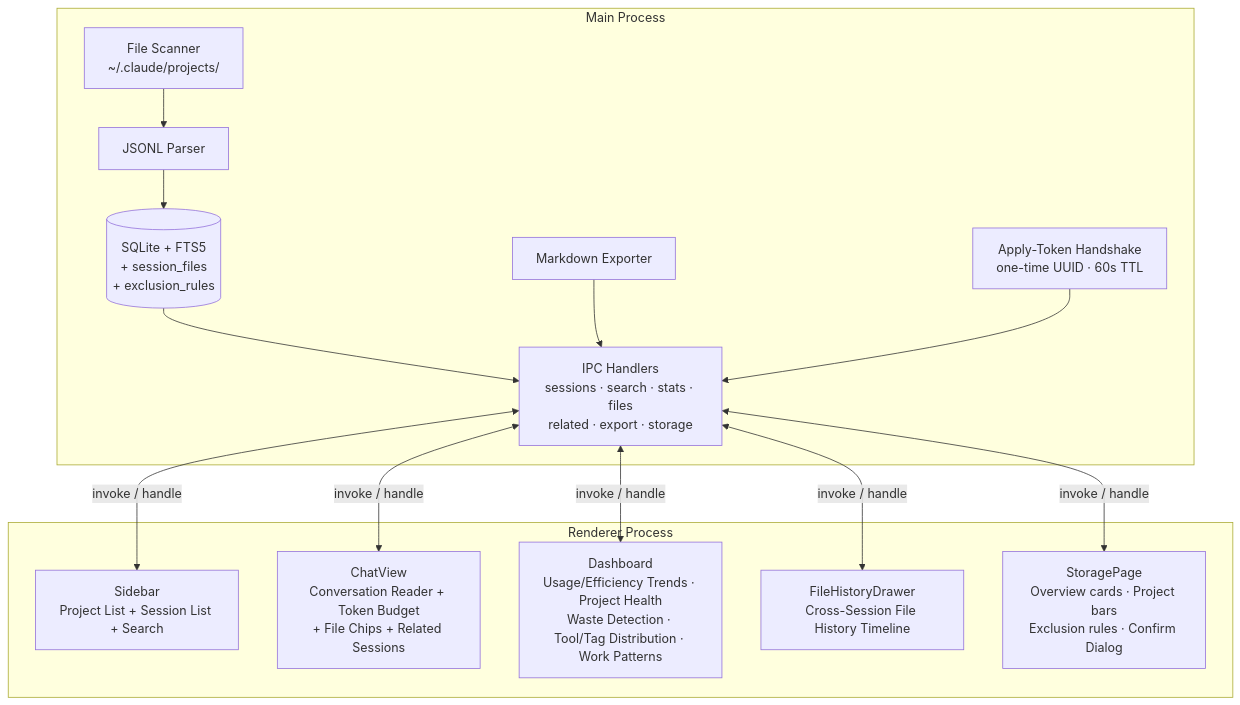
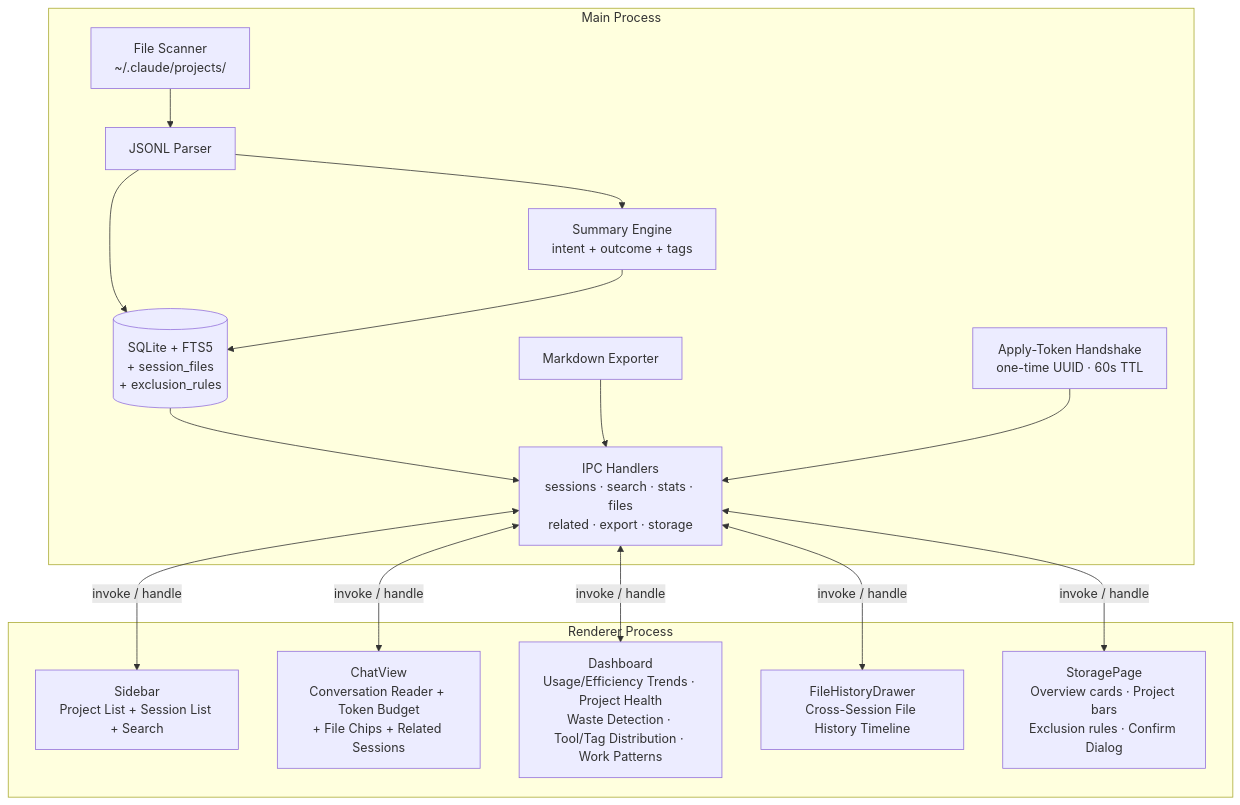
Before and after one commit to tznthou/ccRewind: the diagram in README_EN.md, drawn with Mermaid. The commit also changed other lines of this file and 3 other files, not shown here.

````diff
--- a/README_EN.md
+++ b/README_EN.md
@@ -91,24 +132,26 @@
 ```mermaid
 graph TB
     subgraph Main Process
         FS[File Scanner<br>~/.claude/projects/] --> JP[JSONL Parser]
+        JP --> SM[Summary Engine<br>intent + outcome + tags]
         JP --> DB[(SQLite + FTS5<br>+ session_files<br>+ exclusion_rules)]
+        SM --> DB
         DB --> IPC[IPC Handlers<br>sessions · search · stats · files<br>related · export · storage]
         EX[Markdown Exporter] --> IPC
         AT[Apply-Token Handshake<br>one-time UUID · 60s TTL] --> IPC
     end
 
     subgraph Renderer Process
         SB[Sidebar<br>Project List + Session List + Search]
         CV[ChatView<br>Conversation Reader + Token Budget<br>+ File Chips + Related Sessions]
         DB_UI[Dashboard<br>Usage/Efficiency Trends · Project Health<br>Waste Detection · Tool/Tag Distribution · Work Patterns]
         FH[FileHistoryDrawer<br>Cross-Session File History Timeline]
         SP[StoragePage<br>Overview cards · Project bars<br>Exclusion rules · Confirm Dialog]
     end
 
     IPC <-->|invoke / handle| SB
     IPC <-->|invoke / handle| CV
     IPC <-->|invoke / handle| DB_UI
     IPC <-->|invoke / handle| FH
     IPC <-->|invoke / handle| SP
 ```
````
